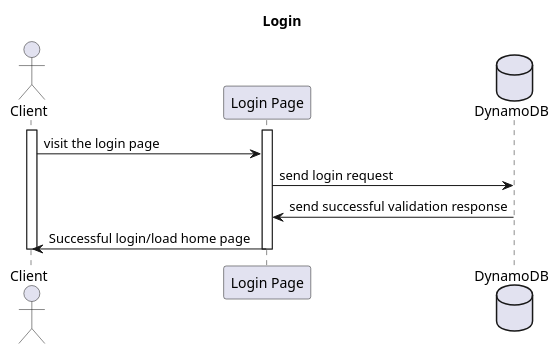
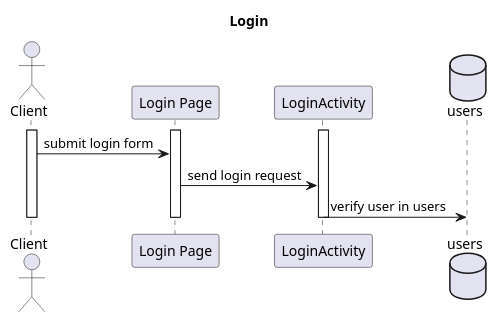
The diagram in resources/Login_SD.puml (BloomTechBackend/bd-team-project-crypto-wizards), drawn with PlantUML before and after one commit. The commit also changed 22 other files, not shown here.

Commit message:
Updated the sequence Diagrams with suggestions from Shannon

```diff
--- a/resources/Login_SD.puml
+++ b/resources/Login_SD.puml
@@ -1,16 +1,17 @@
 @startuml
 title Login
 actor Client
 
 participant "Login Page" as loginPage
 activate Client
 activate loginPage
-database DynamoDB
+activate LoginActivity
+database users
 
-Client -> loginPage : visit the login page
-loginPage -> DynamoDB : send login request
-DynamoDB -> loginPage : send successful validation response
-loginPage -> Client : Successful login/load home page
+Client -> loginPage : submit login form
+loginPage -> LoginActivity : send login request
+LoginActivity -> users : verify user in users
 deactivate Client
 deactivate loginPage
+deactivate LoginActivity
 @enduml
```
